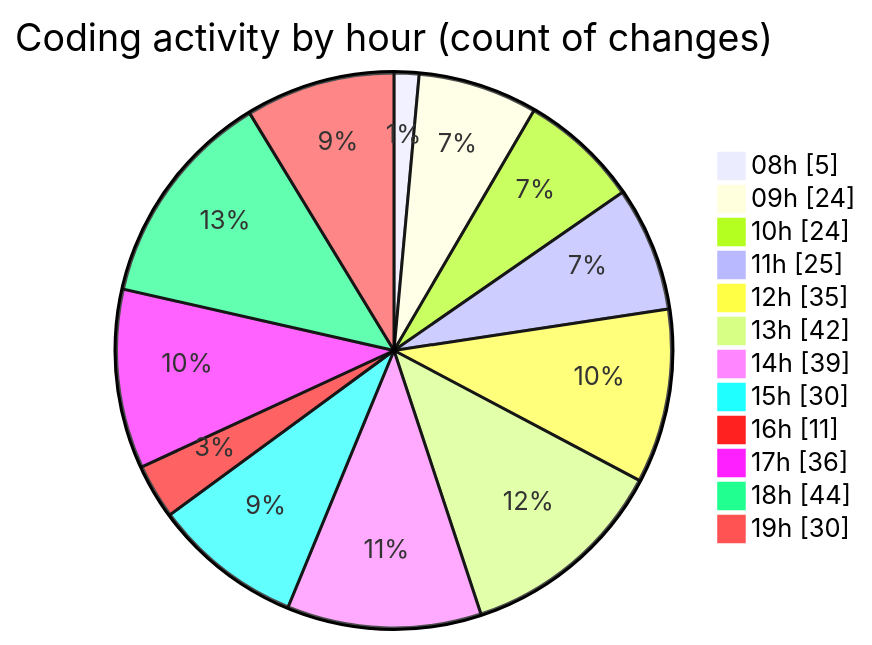
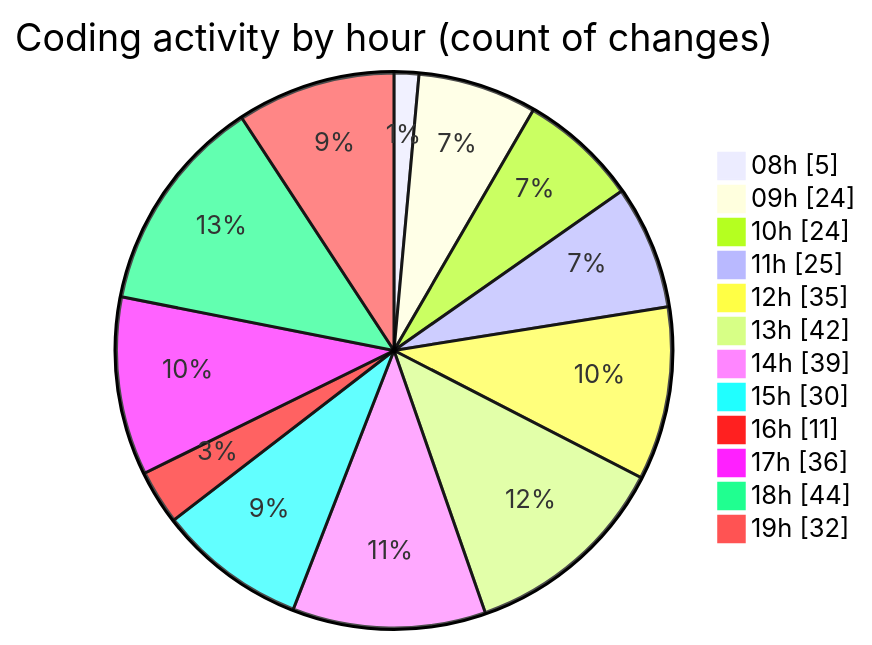
One commit to momahboobian/code-tracking changed the second of 2 diagrams in 2025-11-24/cda/README.md. Above: the diagram before and after it, drawn with Mermaid. The commit also changed other lines of this file and 1 other file, not shown here.

````diff
--- a/2025-11-24/cda/README.md
+++ b/2025-11-24/cda/README.md
@@ -49,16 +49,16 @@
 ```mermaid
 pie showData
 title Coding activity by hour (count of changes)
 "08h" : 5
 "09h" : 24
 "10h" : 24
 "11h" : 25
 "12h" : 35
 "13h" : 42
 "14h" : 39
 "15h" : 30
 "16h" : 11
 "17h" : 36
 "18h" : 44
-"19h" : 30
+"19h" : 32
 ```
````
